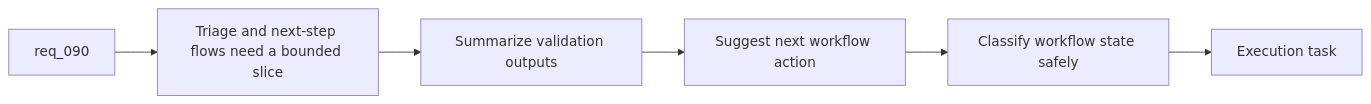
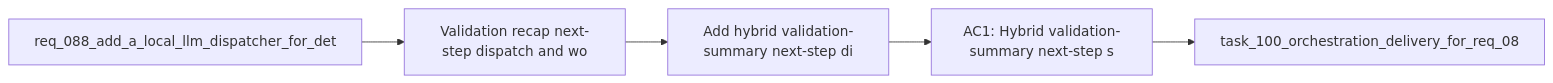
The diagram in logics/backlog/item_143_add_hybrid_validation_summary_next_step_dispatch_and_workflow_triage_flows.md (AlexAgo83/logics-manager), drawn with Mermaid before and after one commit. The commit also changed 481 other files, not shown here.

````diff
--- a/logics/backlog/item_143_add_hybrid_validation_summary_next_step_dispatch_and_workflow_triage_flows.md
+++ b/logics/backlog/item_143_add_hybrid_validation_summary_next_step_dispatch_and_workflow_triage_flows.md
@@ -28,10 +28,9 @@
 ```mermaid
 %% logics-kind: backlog
 %% logics-signature: backlog|add-hybrid-validation-summary-next-step-|req-088-add-a-local-llm-dispatcher-for-d|validation-recap-next-step-dispatch-and-|ac1-hybrid-validation-summary-next-step-
 flowchart LR
-    Request[req_090] --> Problem[Triage and next-step flows need a bounded slice]
-    Problem --> Summary[Summarize validation outputs]
-    Summary --> Dispatch[Suggest next workflow action]
-    Dispatch --> Triage[Classify workflow state safely]
-    Triage --> Done[Execution task]
+    Request[req_088_add_a_local_llm_dispatcher_for_det] --> Problem[Validation recap next-step dispatch and wo]
+    Problem --> Scope[Add hybrid validation-summary next-step di]
+    Scope --> Acceptance[AC1: Hybrid validation-summary next-step s]
+    Acceptance --> Tasks[task_100_orchestration_delivery_for_req_08]
 ```
````
